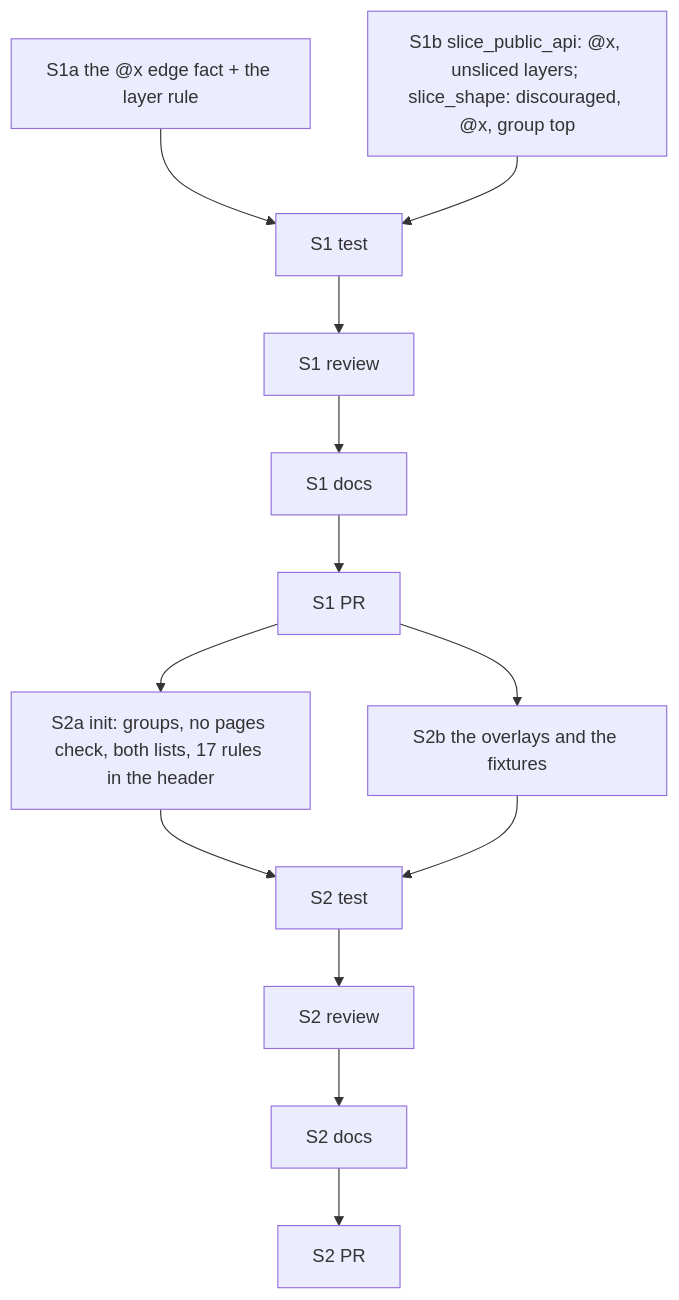
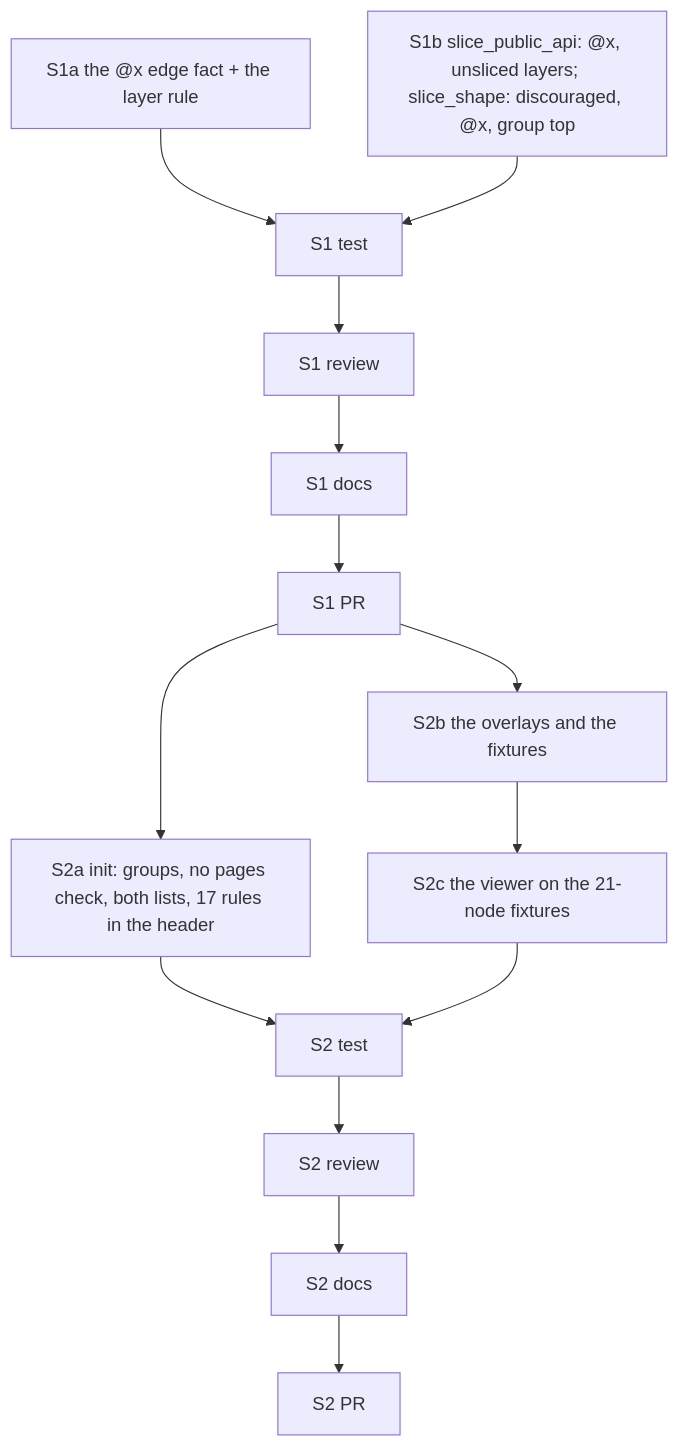
The diagram in .claude/development/docs/features/BDL-082/PLAN.md (zoologov/beadloom), drawn with Mermaid before and after one commit. The commit also changed other lines of this file and 3 other files, not shown here.

````diff
--- a/.claude/development/docs/features/BDL-082/PLAN.md
+++ b/.claude/development/docs/features/BDL-082/PLAN.md
@@ -17,11 +17,12 @@
 ```mermaid
 graph TD
     S1a[S1a the @x edge fact + the layer rule] --> S1T[S1 test]
     S1b[S1b slice_public_api: @x, unsliced layers; slice_shape: discouraged, @x, group top] --> S1T
     S1T --> S1R[S1 review] --> S1W[S1 docs] --> S1P[S1 PR]
     S1P --> S2a[S2a init: groups, no pages check, both lists, 17 rules in the header]
     S1P --> S2b[S2b the overlays and the fixtures]
     S2a --> S2T[S2 test]
-    S2b --> S2T
+    S2b --> S2c[S2c the viewer on the 21-node fixtures]
+    S2c --> S2T
     S2T --> S2R[S2 review] --> S2W[S2 docs] --> S2P[S2 PR]
 ```
````
